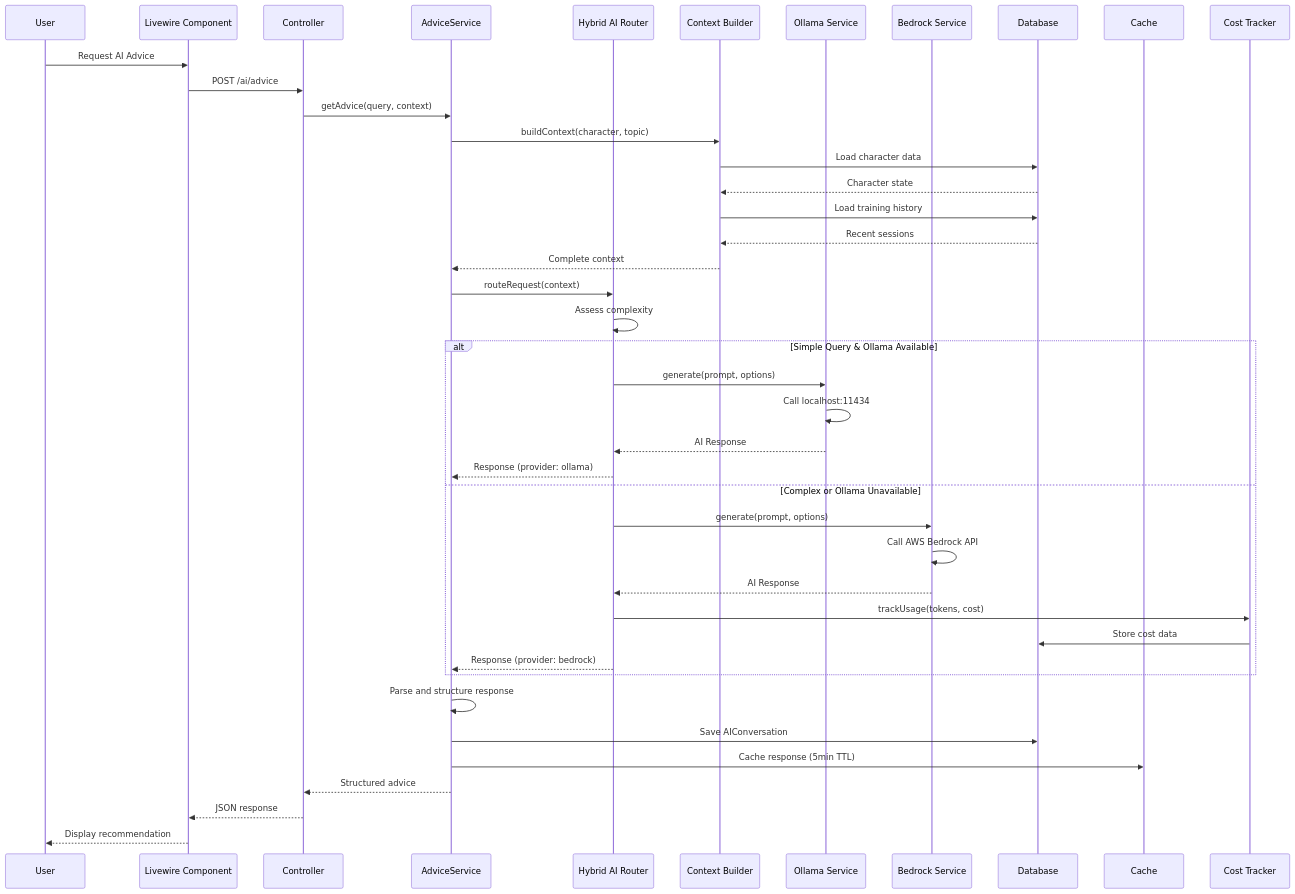
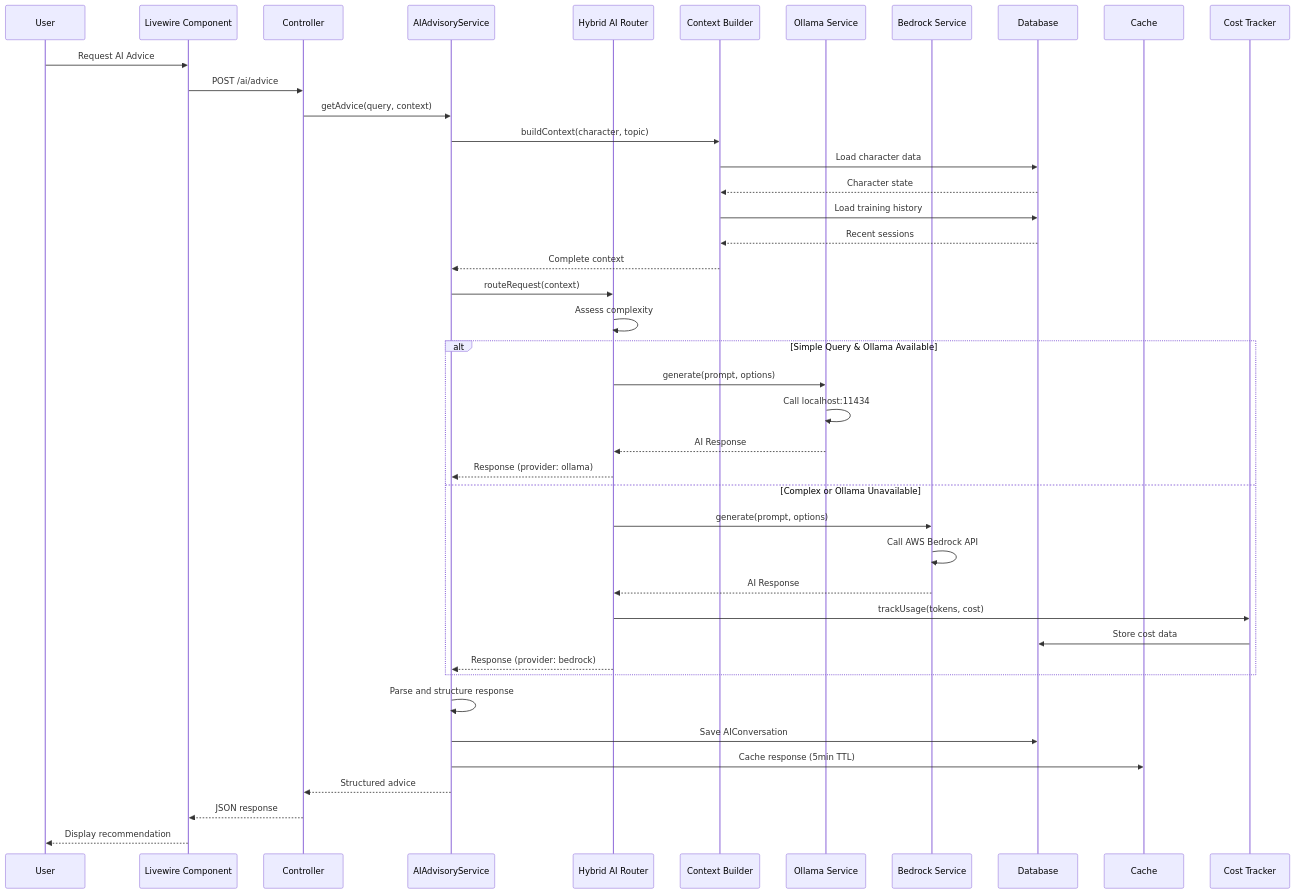
Before and after one commit to exatfrds67/umamusume-career-planner: the second of 9 diagrams in docs/01-tech-flow/TECH-FLOW-006_AI_Advisory_Flow.md, drawn with Mermaid. The commit also changed other lines of this file and 58 other files, not shown here.

Commit message:
docs(flow): fix markdownlint errors in diagrams, flows, sequences, tech-flow, user-flows, and wireframes

````diff
--- a/docs/01-tech-flow/TECH-FLOW-006_AI_Advisory_Flow.md
+++ b/docs/01-tech-flow/TECH-FLOW-006_AI_Advisory_Flow.md
@@ -154,50 +154,50 @@
 ```mermaid
 sequenceDiagram
     participant User
     participant UI as Livewire Component
     participant Controller
-    participant Advisory as AdviceService
+    participant Advisory as AIAdvisoryService
     participant Router as Hybrid AI Router
     participant Context as Context Builder
     participant Ollama as Ollama Service
     participant Bedrock as Bedrock Service
     participant DB as Database
     participant Cache
     participant Cost as Cost Tracker
 
     User->>UI: Request AI Advice
     UI->>Controller: POST /ai/advice
     Controller->>Advisory: getAdvice(query, context)
     
     Advisory->>Context: buildContext(character, topic)
     Context->>DB: Load character data
     DB-->>Context: Character state
     Context->>DB: Load training history
     DB-->>Context: Recent sessions
     Context-->>Advisory: Complete context
     
     Advisory->>Router: routeRequest(context)
     Router->>Router: Assess complexity
     
     alt Simple Query & Ollama Available
         Router->>Ollama: generate(prompt, options)
         Ollama->>Ollama: Call localhost:11434
         Ollama-->>Router: AI Response
         Router-->>Advisory: Response (provider: ollama)
     else Complex or Ollama Unavailable
         Router->>Bedrock: generate(prompt, options)
         Bedrock->>Bedrock: Call AWS Bedrock API
         Bedrock-->>Router: AI Response
         Router->>Cost: trackUsage(tokens, cost)
         Cost->>DB: Store cost data
         Router-->>Advisory: Response (provider: bedrock)
     end
     
     Advisory->>Advisory: Parse and structure response
     Advisory->>DB: Save AIConversation
     Advisory->>Cache: Cache response (5min TTL)
     
     Advisory-->>Controller: Structured advice
     Controller-->>UI: JSON response
     UI-->>User: Display recommendation
 ```
````
